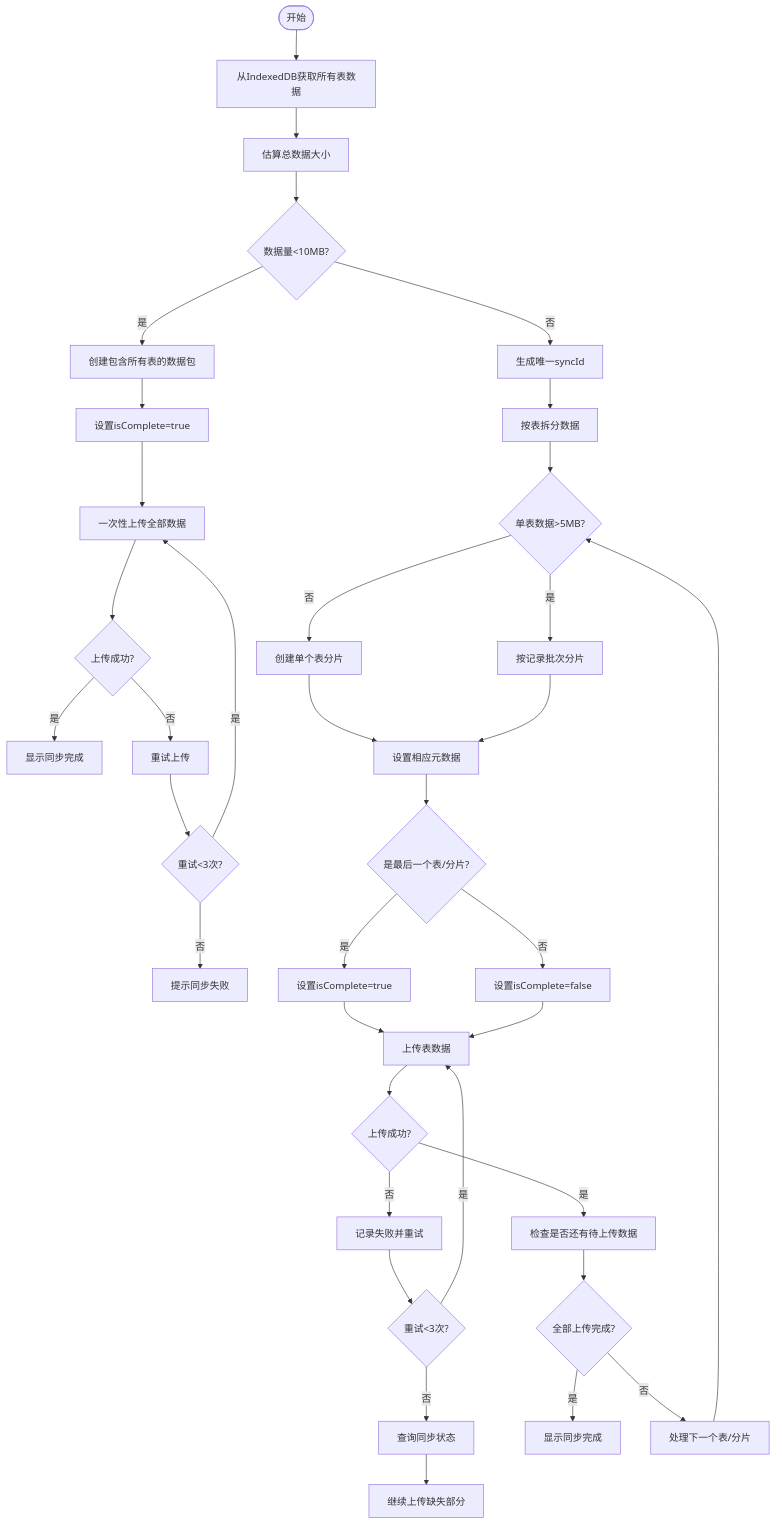
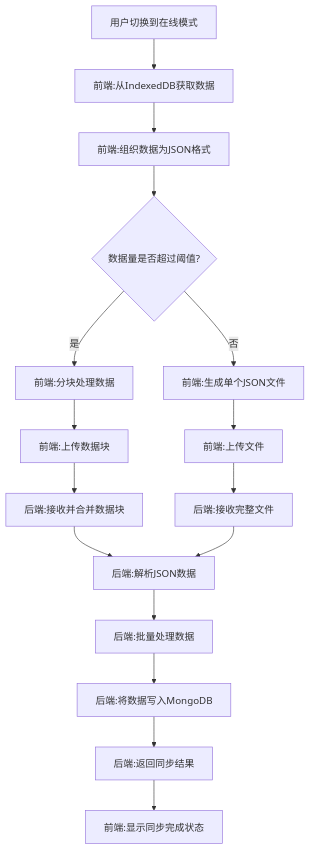
One commit to yingjianzh/iodraw-files changed the diagram in all/未命名-60.md. Above: the diagram before and after it, drawn with Mermaid.

Commit message:
2025-05-15 10:02:19 update

````diff
--- a/all/未命名-60.md
+++ b/all/未命名-60.md
@@ -1,44 +1,21 @@
 ```mermaid
 
 flowchart TD
-    A([开始]) -->E[从IndexedDB获取所有表数据]
-    E --> F[估算总数据大小]
-    F --> G{数据量<10MB?}
-    
-    %% 小数据量处理流程
-    G -->|是| H[创建包含所有表的数据包]
-    H --> I[设置isComplete=true]
-    I --> J[一次性上传全部数据]
-    J --> K{上传成功?}
-    K -->|是| L[显示同步完成]
-    K -->|否| M[重试上传]
-    M --> N{重试<3次?}
-    N -->|是| J
-    N -->|否| O[提示同步失败]
-    
-    %% 中大数据量处理流程
-    G -->|否| P[生成唯一syncId]
-    P --> Q[按表拆分数据]
-    Q --> R{单表数据>5MB?}
-    R -->|否| S[创建单个表分片]
-    R -->|是| T[按记录批次分片]
-    S --> U[设置相应元数据]
-    T --> U
-    U --> V{是最后一个表/分片?}
-    V -->|是| W[设置isComplete=true]
-    V -->|否| X[设置isComplete=false]
-    W --> Y[上传表数据]
-    X --> Y
-    Y --> Z{上传成功?}
-    Z -->|是| AA[检查是否还有待上传数据]
-    Z -->|否| AB[记录失败并重试]
-    AB --> AC{重试<3次?}
-    AC -->|是| Y
-    AC -->|否| AD[查询同步状态]
-    AD --> AE[继续上传缺失部分]
-    AA --> AF{全部上传完成?}
-    AF -->|是| AG[显示同步完成]
-    AF -->|否| AH[处理下一个表/分片]
-    AH --> R
+    A[用户切换到在线模式] --> B[前端:从IndexedDB获取数据]
+    B --> C[前端:组织数据为JSON格式]
+    C --> D{数据量是否超过阈值?}
+    D -->|是| E[前端:分块处理数据]
+    D -->|否| F[前端:生成单个JSON文件]
+    E --> G[前端:上传数据块]
+    F --> H[前端:上传文件]
+    G --> I[后端:接收并合并数据块]
+    H --> J[后端:接收完整文件]
+    I --> K[后端:解析JSON数据]
+    J --> K
+    K --> L[后端:批量处理数据]
+    L --> M[后端:将数据写入MongoDB]
+    M --> N[后端:返回同步结果]
+    N --> O[前端:显示同步完成状态]
+
 
 ```
````
